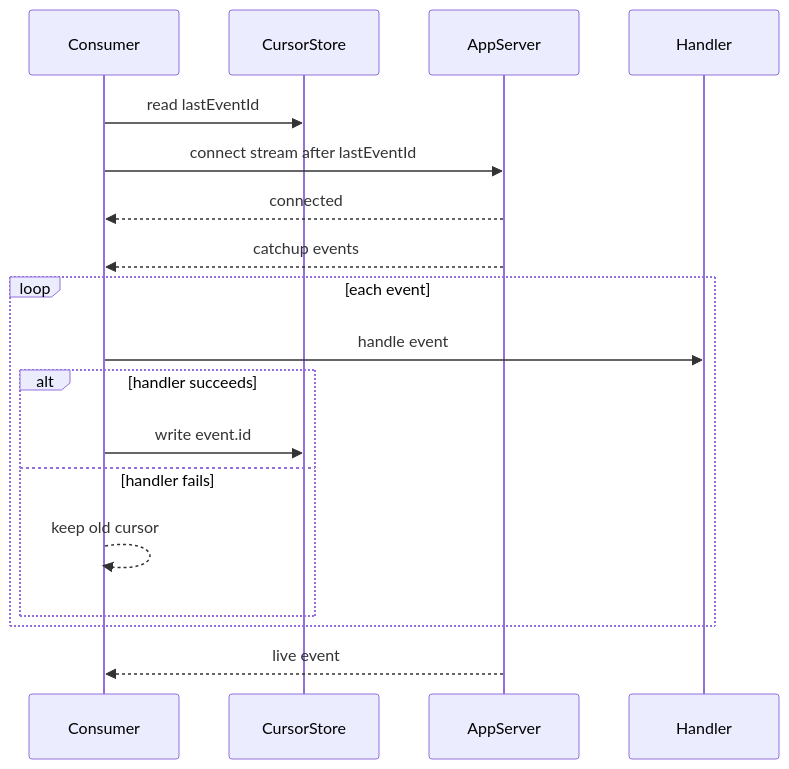
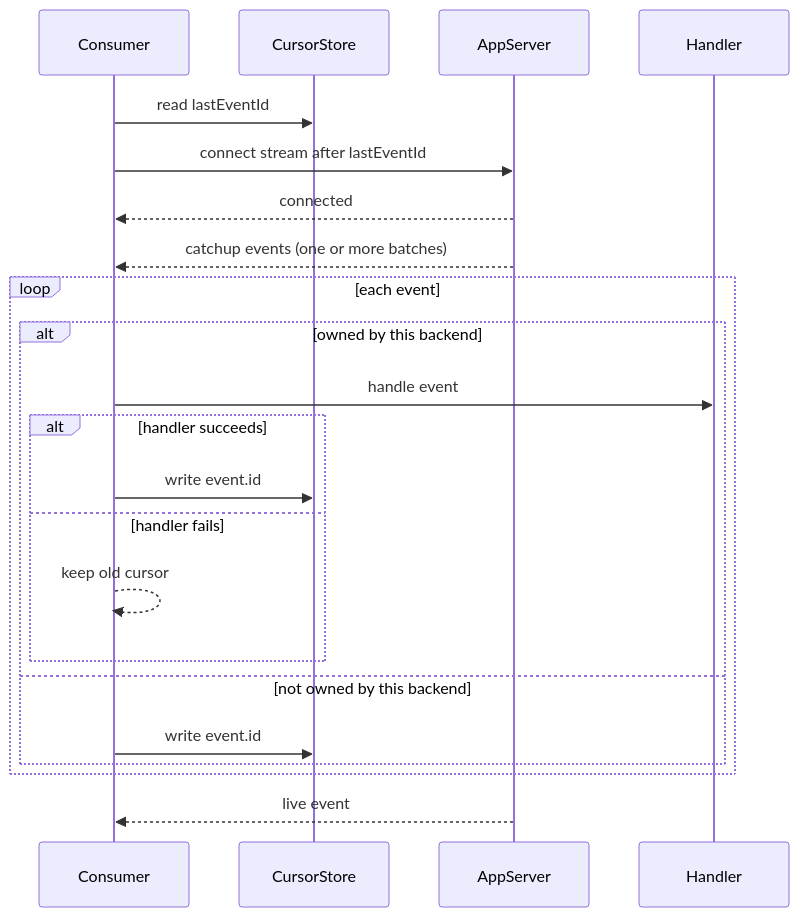
One commit to jackshen3102/run-weave changed the sixth of 8 diagrams in docs/architecture/app-server-architecture.md. Above: the diagram before and after it, drawn with Mermaid. The commit also changed other lines of this file and 30 other files, not shown here.

Commit message:
feat: harden app server event architecture workflows

````diff
--- a/docs/architecture/app-server-architecture.md
+++ b/docs/architecture/app-server-architecture.md
@@ -324,21 +328,25 @@
 ```mermaid
 sequenceDiagram
   participant Consumer
   participant CursorStore
   participant AppServer
   participant Handler
 
   Consumer->>CursorStore: read lastEventId
   Consumer->>AppServer: connect stream after lastEventId
   AppServer-->>Consumer: connected
-  AppServer-->>Consumer: catchup events
+  AppServer-->>Consumer: catchup events (one or more batches)
   loop each event
-    Consumer->>Handler: handle event
-    alt handler succeeds
+    alt owned by this backend
+      Consumer->>Handler: handle event
+      alt handler succeeds
+        Consumer->>CursorStore: write event.id
+      else handler fails
+        Consumer-->>Consumer: keep old cursor
+      end
+    else not owned by this backend
       Consumer->>CursorStore: write event.id
-    else handler fails
-      Consumer-->>Consumer: keep old cursor
     end
   end
   AppServer-->>Consumer: live event
 ```
````
